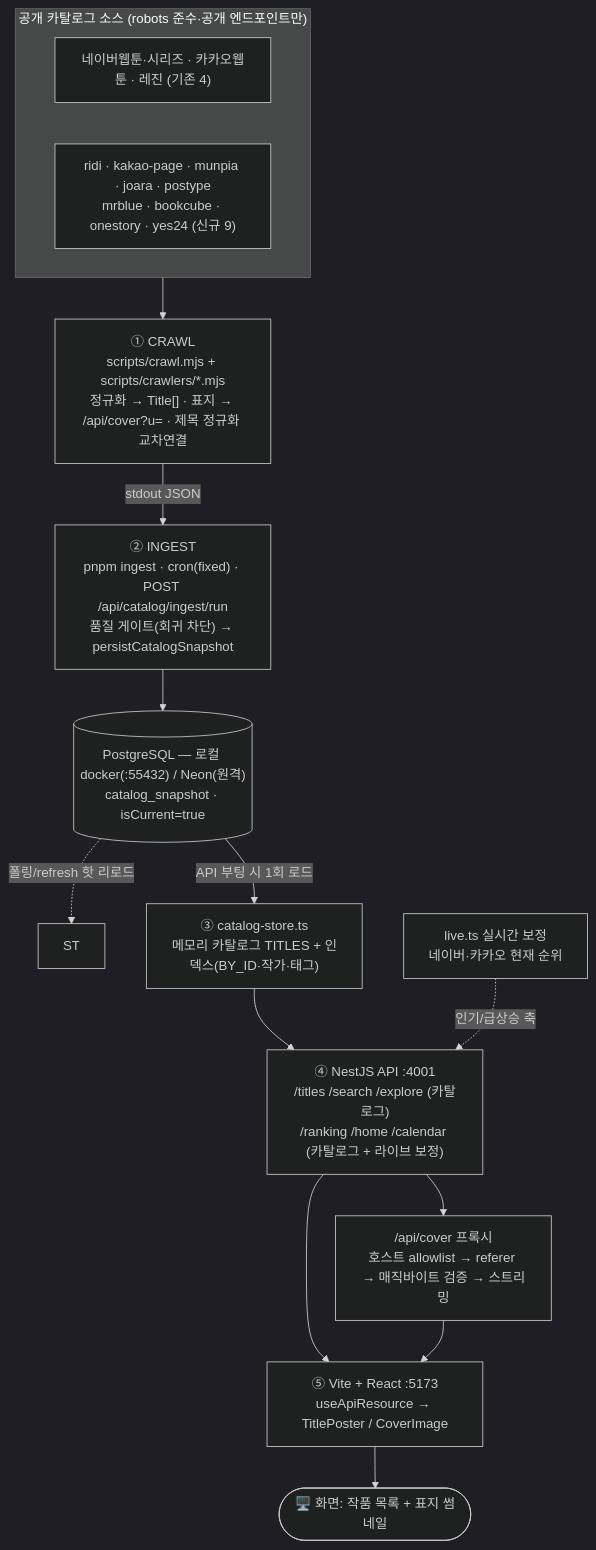
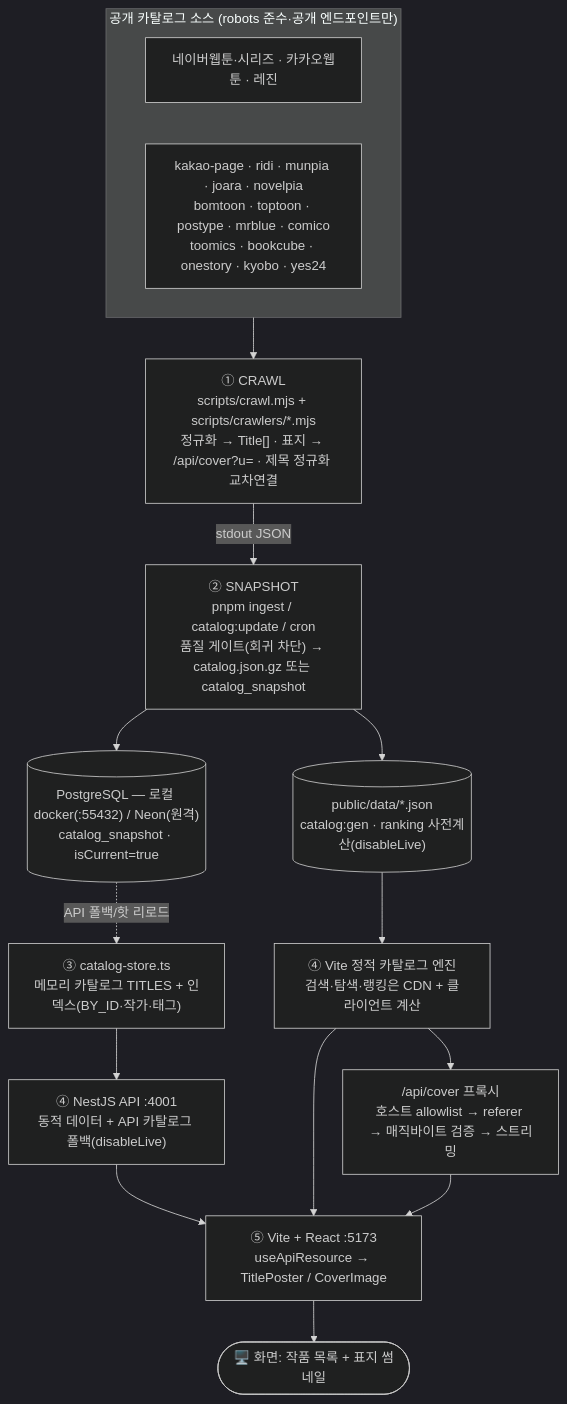
Before and after one commit to blue45f/toonspectrum: the diagram in docs/data-pipeline.md, drawn with Mermaid (dark theme). The commit also changed other lines of this file and 25 other files, not shown here.

````diff
--- a/docs/data-pipeline.md
+++ b/docs/data-pipeline.md
@@ -9,19 +10,20 @@
 ```mermaid
 flowchart TD
     subgraph SRC["공개 카탈로그 소스 (robots 준수·공개 엔드포인트만)"]
-      A["네이버웹툰·시리즈 · 카카오웹툰 · 레진 (기존 4)"]
-      B["ridi · kakao-page · munpia · joara · postype<br/>mrblue · bookcube · onestory · yes24 (신규 9)"]
+      A["네이버웹툰·시리즈 · 카카오웹툰 · 레진"]
+      B["kakao-page · ridi · munpia · joara · novelpia<br/>bomtoon · toptoon · postype · mrblue · comico<br/>toomics · bookcube · onestory · kyobo · yes24"]
     end
 
     SRC --> C["① CRAWL<br/>scripts/crawl.mjs + scripts/crawlers/*.mjs<br/>정규화 → Title[] · 표지 → /api/cover?u= · 제목 정규화 교차연결"]
-    C -->|stdout JSON| D["② INGEST<br/>pnpm ingest · cron(fixed) · POST /api/catalog/ingest/run<br/>품질 게이트(회귀 차단) → persistCatalogSnapshot"]
+    C -->|stdout JSON| D["② SNAPSHOT<br/>pnpm ingest / catalog:update / cron<br/>품질 게이트(회귀 차단) → catalog.json.gz 또는 catalog_snapshot"]
     D --> DB[("PostgreSQL — 로컬 docker(:55432) / Neon(원격)<br/>catalog_snapshot · isCurrent=true")]
-    DB -. 폴링/refresh 핫 리로드 .-> ST
-    DB -->|API 부팅 시 1회 로드| E["③ catalog-store.ts<br/>메모리 카탈로그 TITLES + 인덱스(BY_ID·작가·태그)"]
-    E --> F["④ NestJS API :4001<br/>/titles /search /explore (카탈로그)<br/>/ranking /home /calendar (카탈로그 + 라이브 보정)"]
-    LIVE["live.ts 실시간 보정<br/>네이버·카카오 현재 순위"] -. 인기/급상승 축 .-> F
+    D --> STATIC[("public/data/*.json<br/>catalog:gen · ranking 사전계산(disableLive)")]
+    DB -. API 폴백/핫 리로드 .-> E["③ catalog-store.ts<br/>메모리 카탈로그 TITLES + 인덱스(BY_ID·작가·태그)"]
+    STATIC --> F["④ Vite 정적 카탈로그 엔진<br/>검색·탐색·랭킹은 CDN + 클라이언트 계산"]
+    E --> API["④ NestJS API :4001<br/>동적 데이터 + API 카탈로그 폴백(disableLive)"]
     F --> G["⑤ Vite + React :5173<br/>useApiResource → TitlePoster / CoverImage"]
+    API --> G
     F --> COV["/api/cover 프록시<br/>호스트 allowlist → referer → 매직바이트 검증 → 스트리밍"]
     COV --> G
     G --> SCREEN(["🖥️ 화면: 작품 목록 + 표지 썸네일"])
 ```
````
